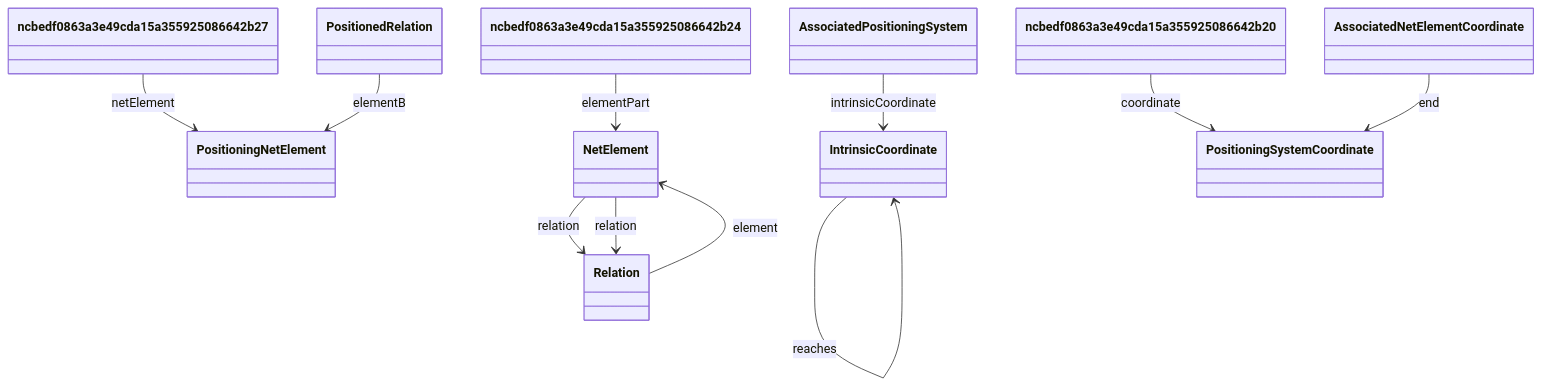
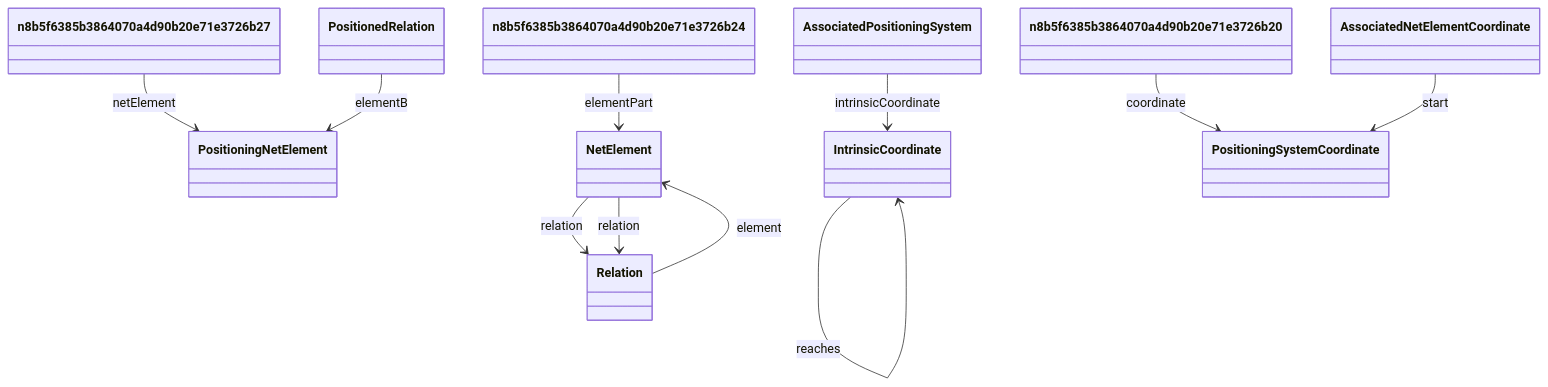
Before and after one commit to oeg-upm/Devos: the diagram in output/ieswc_freq/rail.ttl-freq-5-10.md, drawn with Mermaid. The commit also changed 206 other files, not shown here.

````diff
--- a/output/ieswc_freq/rail.ttl-freq-5-10.md
+++ b/output/ieswc_freq/rail.ttl-freq-5-10.md
@@ -1,47 +1,47 @@
 ```mermaid
 	classDiagram
 
     
     class PositioningNetElement {
     
     }
 
     class IntrinsicCoordinate {
     
     }
 
     class NetElement {
     
     }
 
     class PositioningSystemCoordinate {
     
     }
 
     class Relation {
     
     }
 
 
 
+Relation  --> NetElement   :element  
+
+IntrinsicCoordinate  --> IntrinsicCoordinate   :reaches  
+
 NetElement  --> Relation   :relation  
 
-ncbedf0863a3e49cda15a355925086642b24  --> NetElement   :elementPart  
-
-ncbedf0863a3e49cda15a355925086642b27  --> PositioningNetElement   :netElement  
-
-PositionedRelation  --> PositioningNetElement   :elementB  
+n8b5f6385b3864070a4d90b20e71e3726b27  --> PositioningNetElement   :netElement  
 
 AssociatedPositioningSystem  --> IntrinsicCoordinate   :intrinsicCoordinate  
 
-ncbedf0863a3e49cda15a355925086642b20  --> PositioningSystemCoordinate   :coordinate  
+n8b5f6385b3864070a4d90b20e71e3726b24  --> NetElement   :elementPart  
 
-IntrinsicCoordinate  --> IntrinsicCoordinate   :reaches  
+n8b5f6385b3864070a4d90b20e71e3726b20  --> PositioningSystemCoordinate   :coordinate  
 
-Relation  --> NetElement   :element  
+AssociatedNetElementCoordinate  --> PositioningSystemCoordinate   :start  
 
-AssociatedNetElementCoordinate  --> PositioningSystemCoordinate   :end  
+PositionedRelation  --> PositioningNetElement   :elementB  
 
 NetElement  --> Relation   :relation  
 
 ```
````
